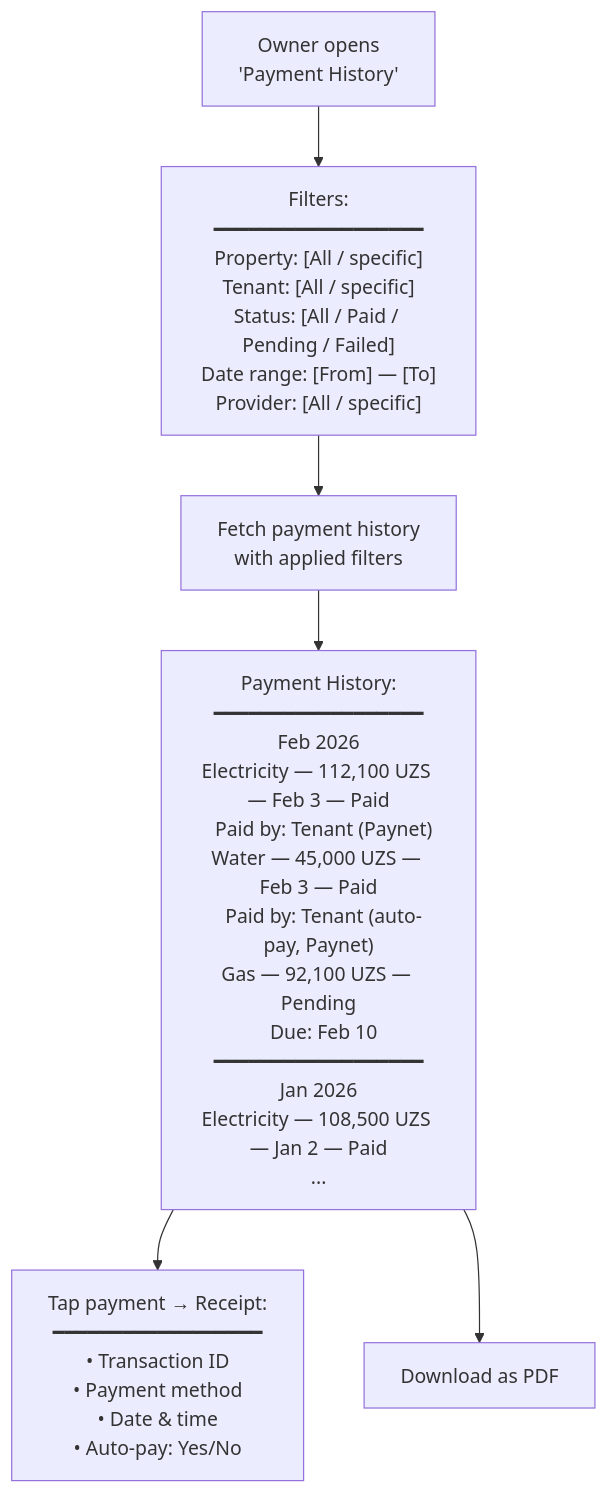
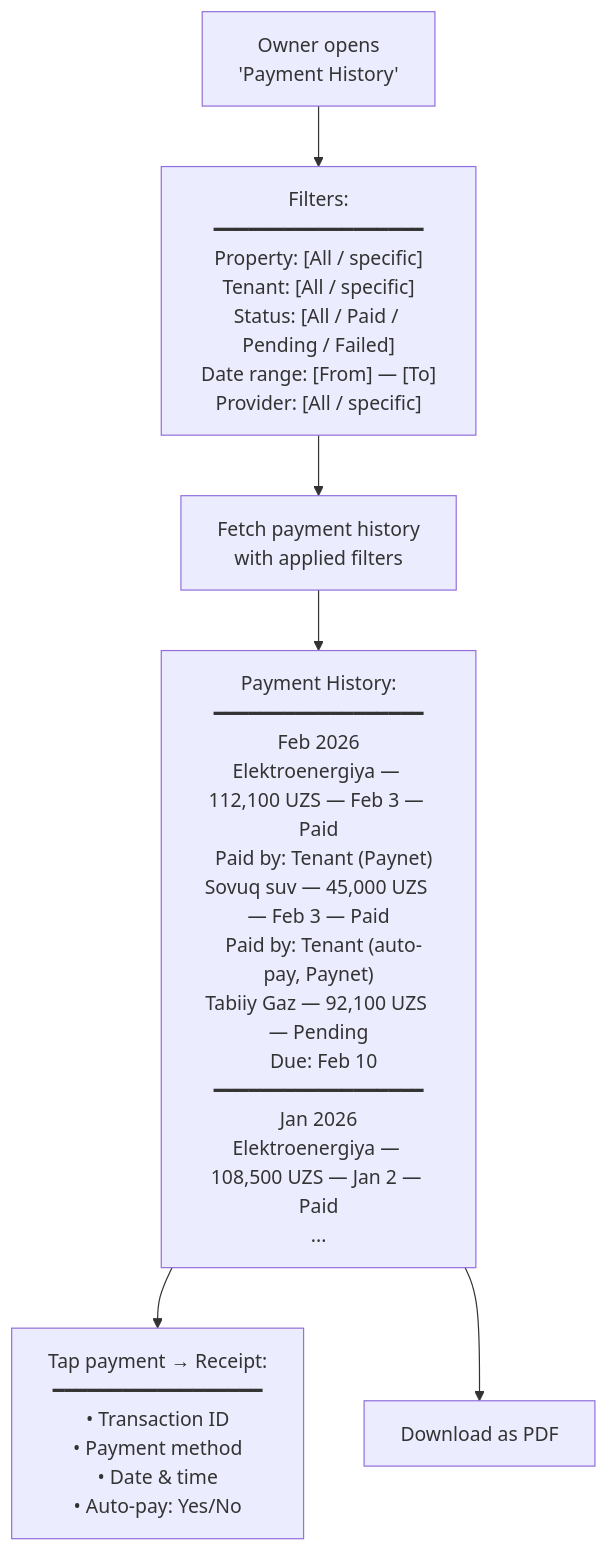
The ninth of 11 diagrams in Utilities - Business Owner.md (saodatm-dev/Utilities---Informational-Architecture), drawn with Mermaid before and after one commit. The commit also changed other lines of this file and 1 other file, not shown here.

Commit message:
refactor: Localize utility names to Uzbek, consolidate feature tiers, remove payment service integration, and refine payment flow details.

````diff
--- a/Utilities - Business Owner.md
+++ b/Utilities - Business Owner.md
@@ -288,12 +284,12 @@
 ```mermaid
 flowchart TD
     PAYMENTS["Owner opens<br/>'Payment History'"] --> FILTER["Filters:<br/>━━━━━━━━━━━━━━━━━━<br/>Property: [All / specific]<br/>Tenant: [All / specific]<br/>Status: [All / Paid / Pending / Failed]<br/>Date range: [From] — [To]<br/>Provider: [All / specific]"]
 
     FILTER --> LOAD["Fetch payment history<br/>with applied filters"]
 
-    LOAD --> HISTORY["Payment History:<br/>━━━━━━━━━━━━━━━━━━<br/>Feb 2026<br/>Electricity — 112,100 UZS — Feb 3 — Paid<br/>  Paid by: Tenant (Paynet)<br/>Water — 45,000 UZS — Feb 3 — Paid<br/>  Paid by: Tenant (auto-pay, Paynet)<br/>Gas — 92,100 UZS — Pending<br/>  Due: Feb 10<br/>━━━━━━━━━━━━━━━━━━<br/>Jan 2026<br/>Electricity — 108,500 UZS — Jan 2 — Paid<br/>..."]
+    LOAD --> HISTORY["Payment History:<br/>━━━━━━━━━━━━━━━━━━<br/>Feb 2026<br/>Elektroenergiya — 112,100 UZS — Feb 3 — Paid<br/>  Paid by: Tenant (Paynet)<br/>Sovuq suv — 45,000 UZS — Feb 3 — Paid<br/>  Paid by: Tenant (auto-pay, Paynet)<br/>Tabiiy Gaz — 92,100 UZS — Pending<br/>  Due: Feb 10<br/>━━━━━━━━━━━━━━━━━━<br/>Jan 2026<br/>Elektroenergiya — 108,500 UZS — Jan 2 — Paid<br/>..."]
 
     HISTORY --> DETAIL["Tap payment → Receipt:<br/>━━━━━━━━━━━━━━━━━━<br/>• Transaction ID<br/>• Payment method<br/>• Date & time<br/>• Auto-pay: Yes/No"]
 
     HISTORY --> EXPORT_BTN["Download as PDF"]
 ```
````
